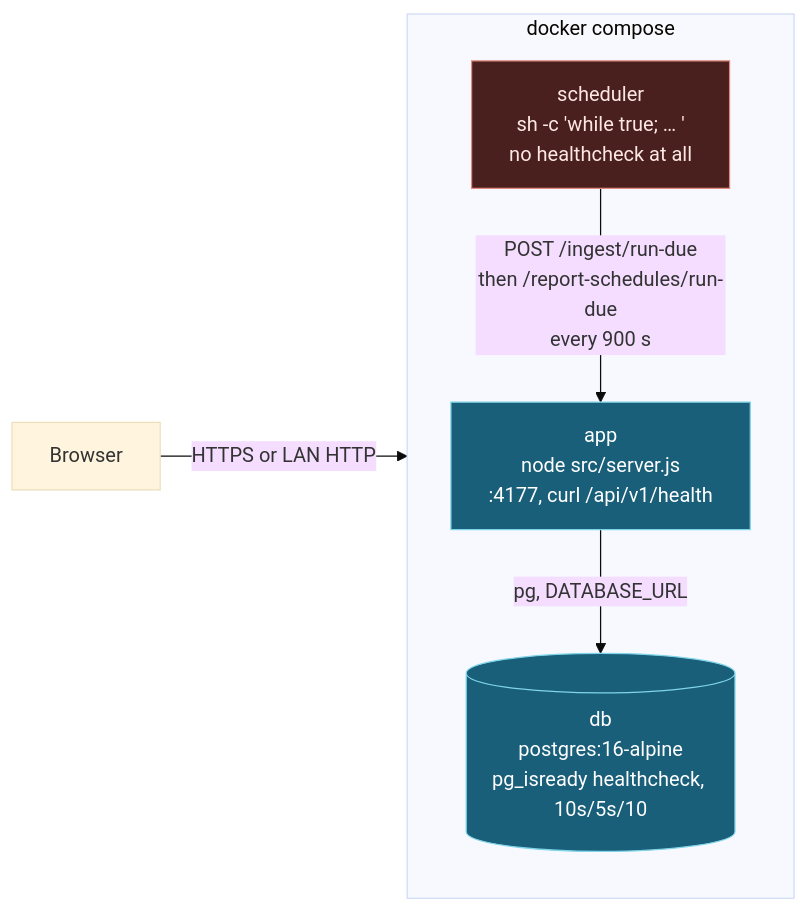
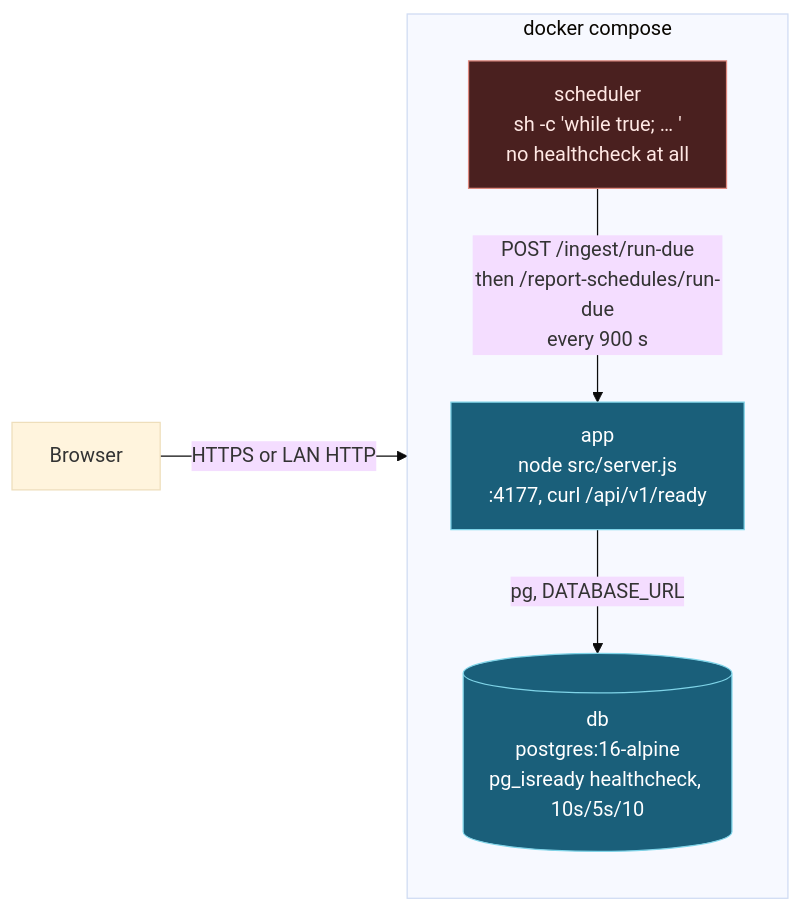
One commit to nyimbi/lindela-lite changed the first of 3 diagrams in docs/architecture/deployment.md. Above: the diagram before and after it, drawn with Mermaid (base theme). The commit also changed other lines of this file and 4 other files, not shown here.

````diff
--- a/docs/architecture/deployment.md
+++ b/docs/architecture/deployment.md
@@ -60,18 +60,18 @@
 ```mermaid
 flowchart LR
   subgraph compose["docker compose"]
     direction TB
     DB[("db<br/>postgres:16-alpine<br/>pg_isready healthcheck, 10s/5s/10")]
-    APP["app<br/>node src/server.js<br/>:4177, curl /api/v1/health"]
+    APP["app<br/>node src/server.js<br/>:4177, curl /api/v1/ready"]
     SCH["scheduler<br/>sh -c 'while true; … '<br/>no healthcheck at all"]
   end
 
   BROWSER["Browser"] -->|"HTTPS or LAN HTTP"| APP
   APP -->|"pg, DATABASE_URL"| DB
   SCH -->|"POST /ingest/run-due<br/>then /report-schedules/run-due<br/>every 900 s"| APP
 
   classDef svc fill:#1a5f7a,stroke:#7fd4e8,color:#fff
   classDef silent fill:#4a201f,stroke:#e08a80,color:#ffe8e4
   class APP,DB svc
   class SCH silent
 ```
````
